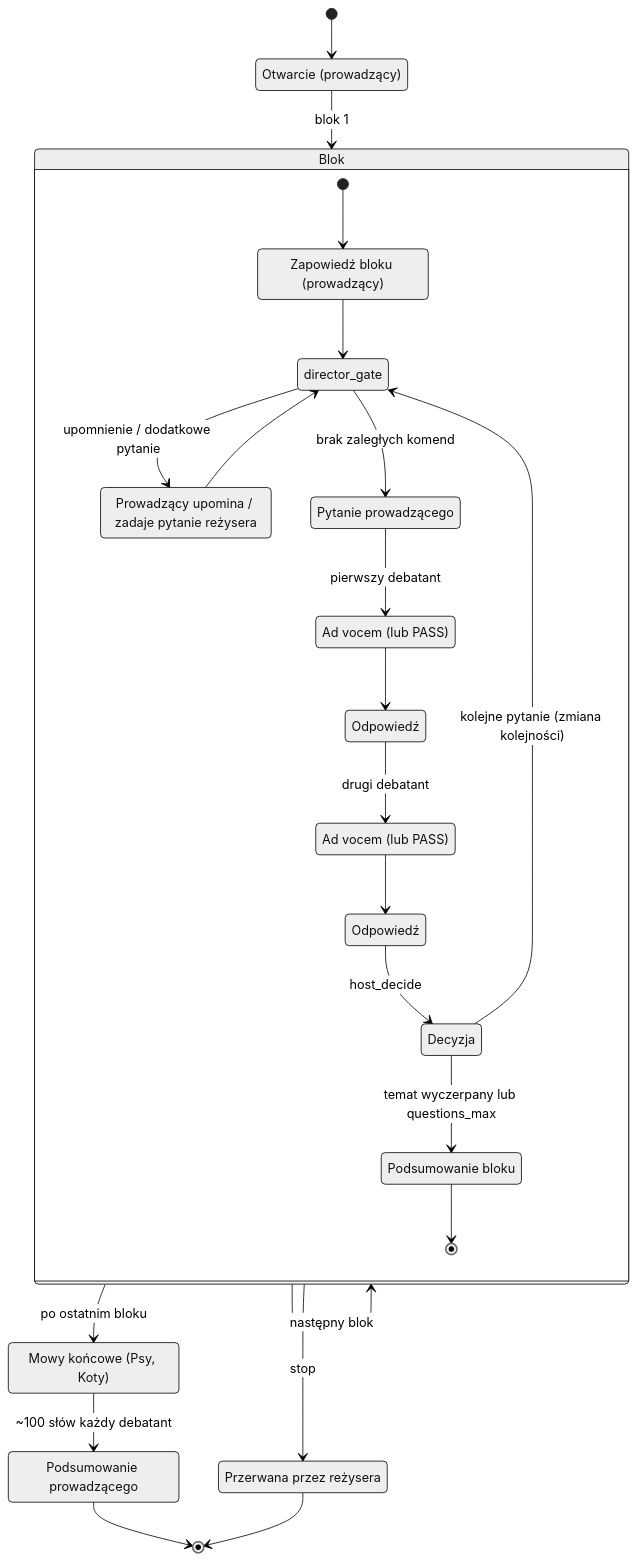
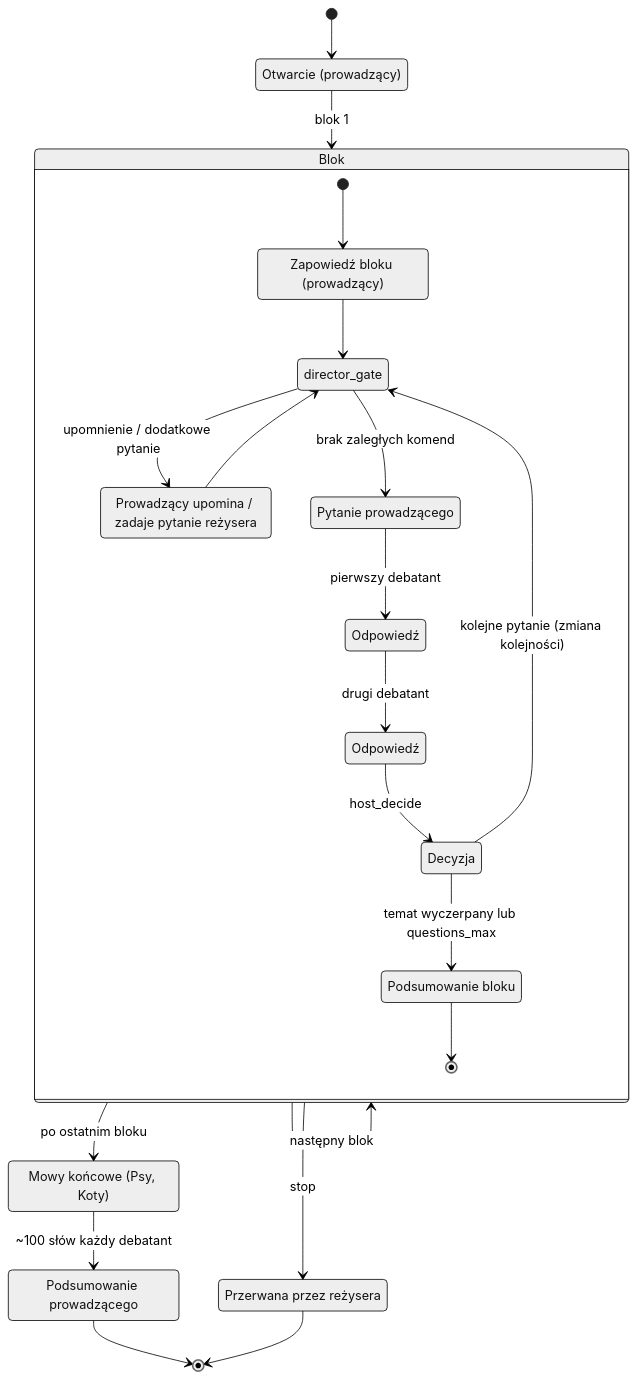
One commit to staszekj/ai-debate changed the second of 2 diagrams in PLAN.md. Above: the diagram before and after it, drawn with Mermaid (neutral theme). The commit also changed other lines of this file and 19 other files, not shown here.

````diff
--- a/PLAN.md
+++ b/PLAN.md
@@ -62,44 +62,40 @@
 ```mermaid
 stateDiagram-v2
   [*] --> Otwarcie
   Otwarcie --> Blok : blok 1
 
   state Blok {
     [*] --> Zapowiedz
     Zapowiedz --> Gate
     Gate --> Interwencja : upomnienie / dodatkowe pytanie
     Interwencja --> Gate
     Gate --> Pytanie : brak zaległych komend
-    Pytanie --> AdVocem1 : pierwszy debatant
-    AdVocem1 --> Odpowiedz1
-    Odpowiedz1 --> AdVocem2 : drugi debatant
-    AdVocem2 --> Odpowiedz2
+    Pytanie --> Odpowiedz1 : pierwszy debatant
+    Odpowiedz1 --> Odpowiedz2 : drugi debatant
     Odpowiedz2 --> Decyzja : host_decide
     Decyzja --> Gate : kolejne pytanie (zmiana kolejności)
     Decyzja --> PodsumowanieBloku : temat wyczerpany lub questions_max
     PodsumowanieBloku --> [*]
 
     Zapowiedz : Zapowiedź bloku (prowadzący)
     Gate : director_gate
     Interwencja : Prowadzący upomina / zadaje pytanie reżysera
     Pytanie : Pytanie prowadzącego
-    AdVocem1 : Ad vocem (lub PASS)
-    AdVocem2 : Ad vocem (lub PASS)
     Odpowiedz1 : Odpowiedź
     Odpowiedz2 : Odpowiedź
     PodsumowanieBloku : Podsumowanie bloku
   }
 
   Blok --> Blok : następny blok
   Blok --> MowyKoncowe : po ostatnim bloku
   MowyKoncowe --> Zamkniecie : ~100 słów każdy debatant
   Zamkniecie --> [*]
 
   Blok --> Przerwana : stop
   Przerwana --> [*]
 
   Otwarcie : Otwarcie (prowadzący)
   MowyKoncowe : Mowy końcowe (Psy, Koty)
   Zamkniecie : Podsumowanie prowadzącego
   Przerwana : Przerwana przez reżysera
 ```
````
